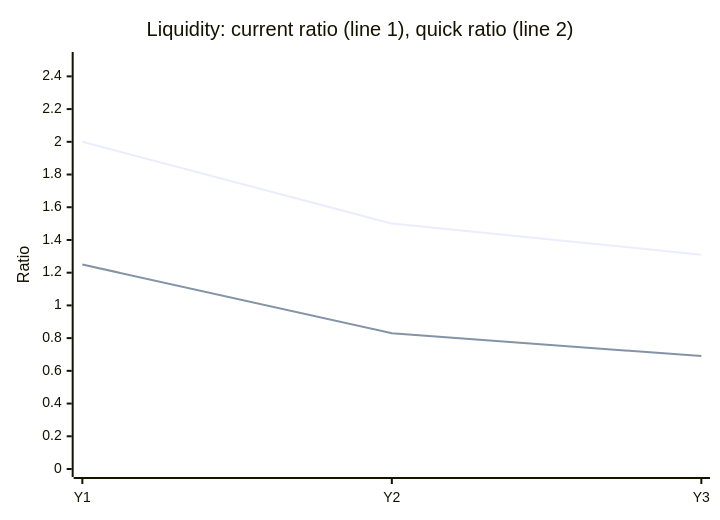
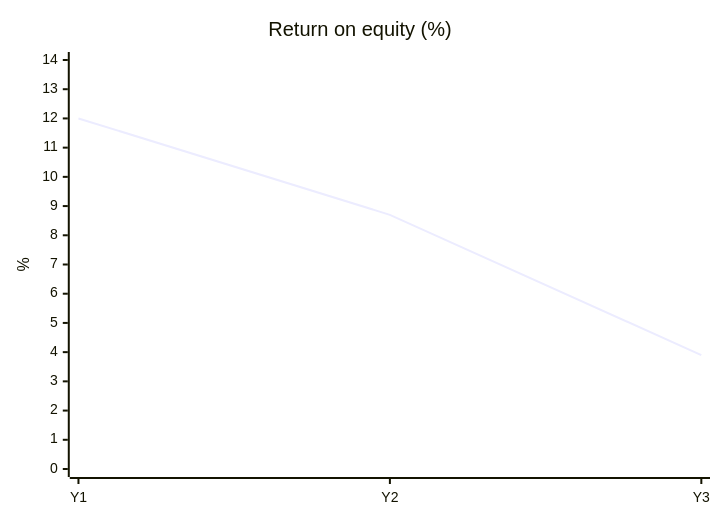
The diagram in eval/figure/generated/haiku/a-ratios.md (vrevolverrr/vicher), drawn with Mermaid before and after one commit. The commit also changed other lines of this file and 105 other files, not shown here.

Commit message:
test(eval): regenerate the figure replies under the final prompt

````diff
--- a/eval/figure/generated/haiku/a-ratios.md
+++ b/eval/figure/generated/haiku/a-ratios.md
@@ -16,8 +16,7 @@
 ```mermaid
 xychart-beta
-    title "Liquidity: current ratio (line 1), quick ratio (line 2)"
-    x-axis ["Y1", "Y2", "Y3"]
-    y-axis "Ratio" 0 --> 2.5
-    line [2.00, 1.50, 1.31]
-    line [1.25, 0.83, 0.69]
+    title "Return on equity (%)"
+    x-axis [Y1, Y2, Y3]
+    y-axis "%" 0 --> 14
+    line [12.0, 8.7, 3.9]
 ```
````
